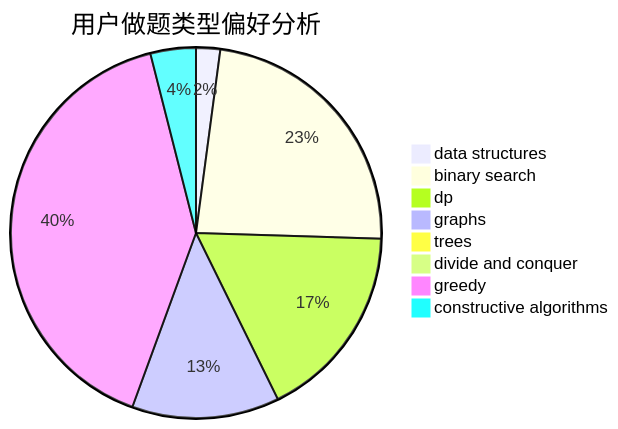
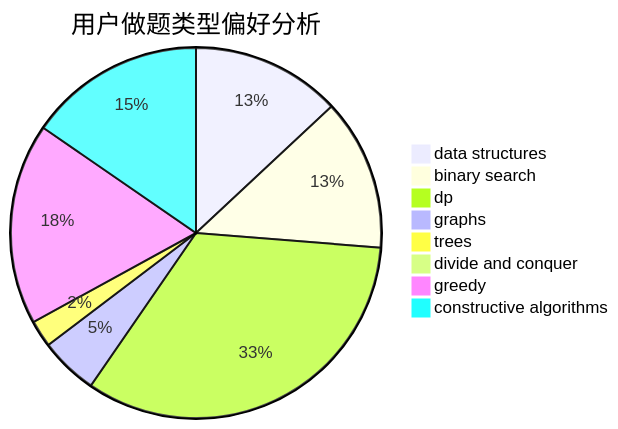
The second of 3 diagrams in docs/user/u590.md (sherpahu/cfrs.github.io), drawn with Mermaid before and after one commit. The commit also changed other lines of this file and 2770 other files, not shown here.

````diff
--- a/docs/user/u590.md
+++ b/docs/user/u590.md
@@ -23,11 +23,11 @@
 ```mermaid
 pie title 用户做题类型偏好分析
-    "data structures" :  26
-    "binary search" :  289
-    "dp" :  213
-    "graphs" :  159
-    "trees" :  4
-    "divide and conquer" :  0
-    "greedy" :  500
-    "constructive algorithms" :  49
+    "data structures" :  72
+    "binary search" :  73
+    "dp" :  184
+    "graphs" :  28
+    "trees" :  13
+    "divide and conquer" :  2
+    "greedy" :  97
+    "constructive algorithms" :  85
 ```
````
